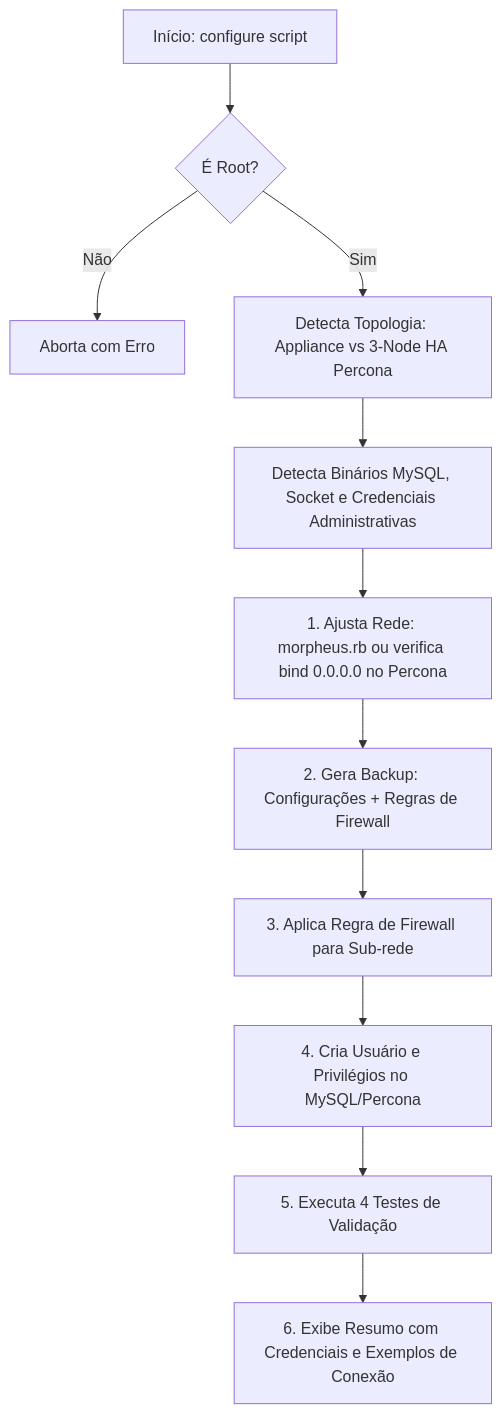
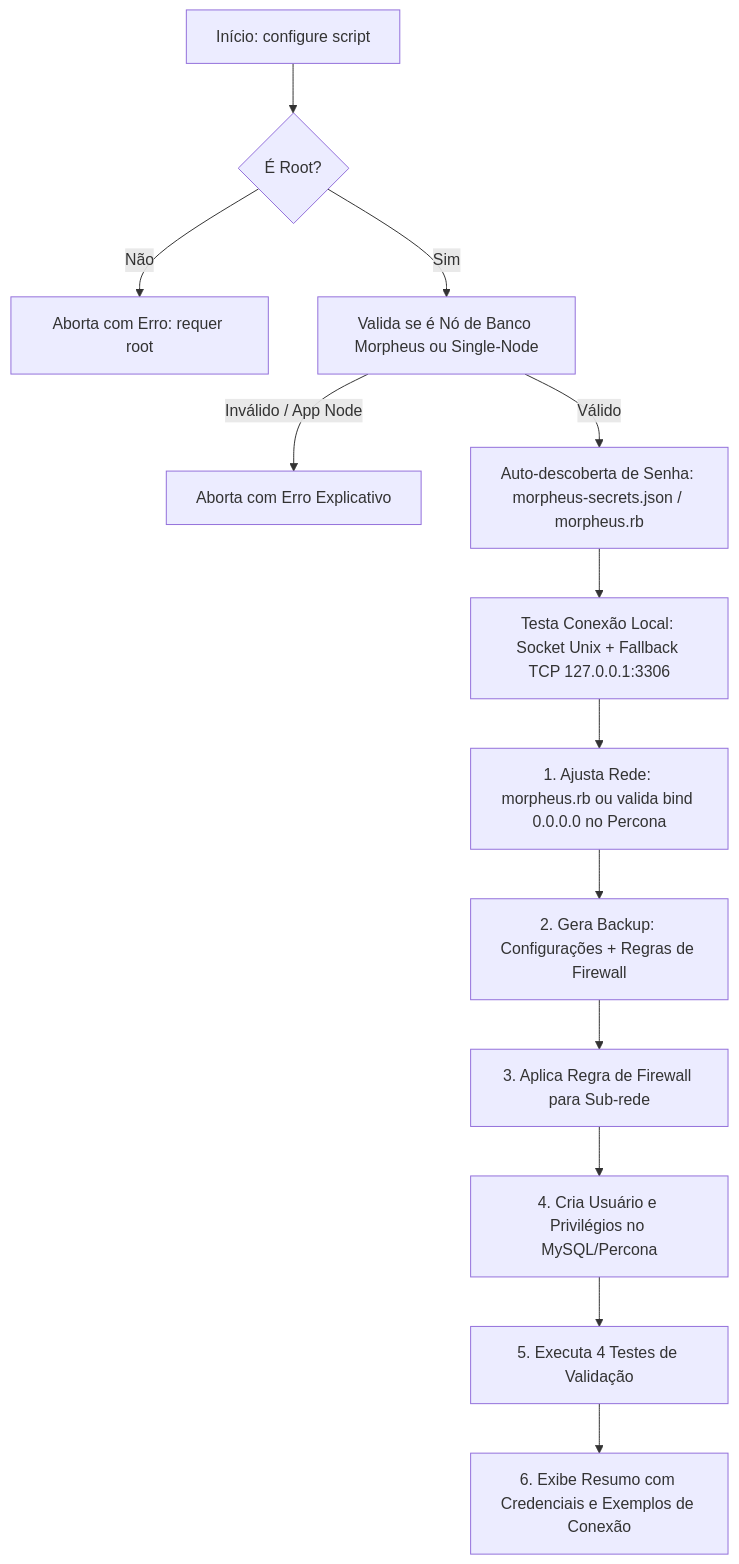
Before and after one commit to devopsvanilla/.BatOps: the second of 3 diagrams in morpheus-data/expose-mysql/README.md, drawn with Mermaid. The commit also changed other lines of this file and 2 other files, not shown here.

Commit message:
feat: add scripts to configure and restore Morpheus MySQL remote access settings

````diff
--- a/morpheus-data/expose-mysql/README.md
+++ b/morpheus-data/expose-mysql/README.md
@@ -93,13 +102,15 @@
 ```mermaid
 flowchart TD
     A[Início: configure script] --> B{É Root?}
-    B -- Não --> C[Aborta com Erro]
-    B -- Sim --> D[Detecta Topologia: Appliance vs 3-Node HA Percona]
-    D --> E[Detecta Binários MySQL, Socket e Credenciais Administrativas]
-    E --> F[1. Ajusta Rede: morpheus.rb ou verifica bind 0.0.0.0 no Percona]
-    F --> G[2. Gera Backup: Configurações + Regras de Firewall]
-    G --> H[3. Aplica Regra de Firewall para Sub-rede]
-    H --> I[4. Cria Usuário e Privilégios no MySQL/Percona]
-    I --> J[5. Executa 4 Testes de Validação]
-    J --> K[6. Exibe Resumo com Credenciais e Exemplos de Conexão]
+    B -- Não --> C[Aborta com Erro: requer root]
+    B -- Sim --> D[Valida se é Nó de Banco Morpheus ou Single-Node]
+    D -- Inválido / App Node --> E[Aborta com Erro Explicativo]
+    D -- Válido --> F[Auto-descoberta de Senha: morpheus-secrets.json / morpheus.rb]
+    F --> G[Testa Conexão Local: Socket Unix + Fallback TCP 127.0.0.1:3306]
+    G --> H[1. Ajusta Rede: morpheus.rb ou valida bind 0.0.0.0 no Percona]
+    H --> I[2. Gera Backup: Configurações + Regras de Firewall]
+    I --> J[3. Aplica Regra de Firewall para Sub-rede]
+    J --> K[4. Cria Usuário e Privilégios no MySQL/Percona]
+    K --> L[5. Executa 4 Testes de Validação]
+    L --> M[6. Exibe Resumo com Credenciais e Exemplos de Conexão]
 ```
````
